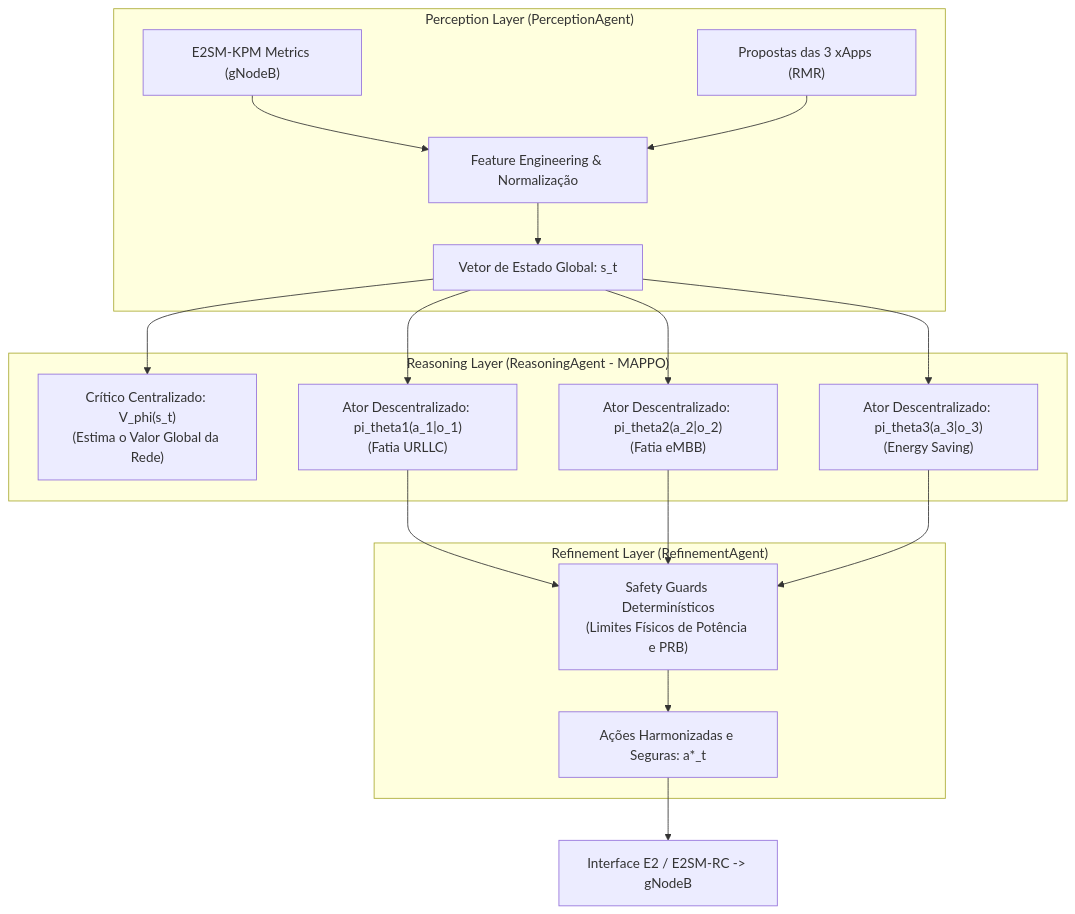
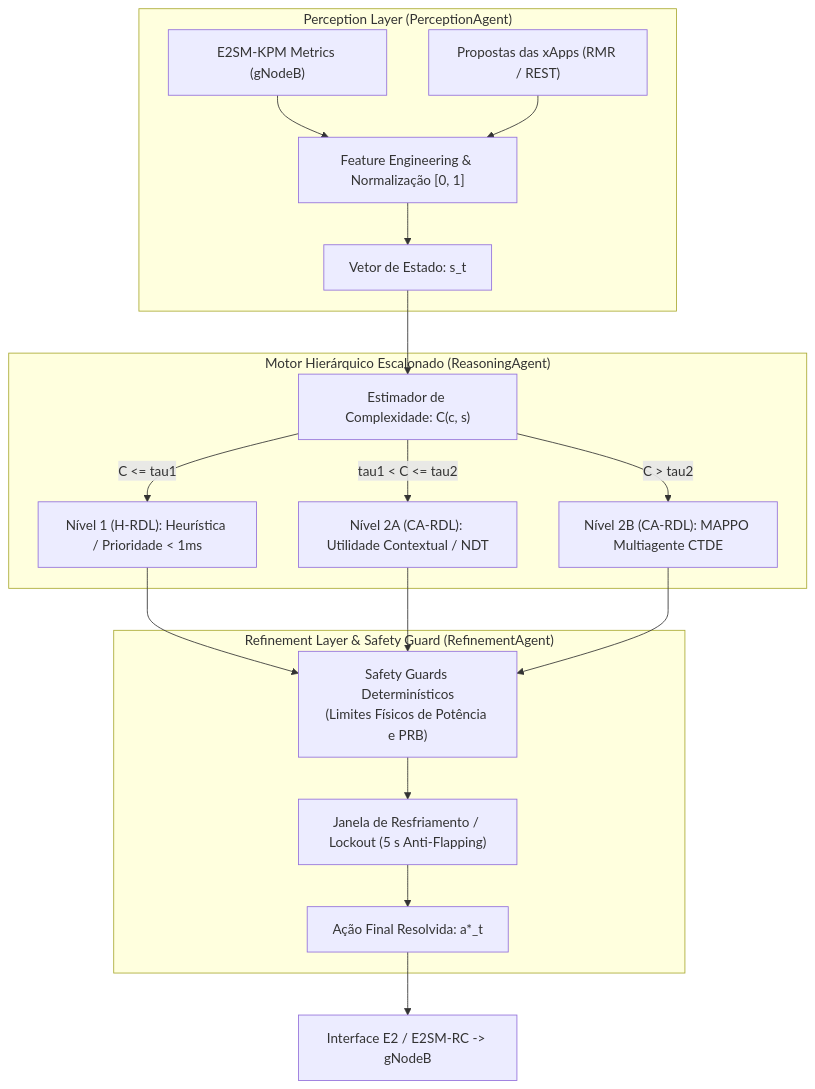
One commit to georgebarbosa3090/XApp-RDL-F2 changed the diagram in docs/01_arquitetura_e_modelagem_matematica.md. Above: the diagram before and after it, drawn with Mermaid. The commit also changed other lines of this file and 1 other file, not shown here.

Commit message:
docs: update README.md and Volume 01 with 10 volumes index and hierarchical architecture

````diff
--- a/docs/01_arquitetura_e_modelagem_matematica.md
+++ b/docs/01_arquitetura_e_modelagem_matematica.md
@@ -14,24 +14,25 @@
 ```mermaid
 graph TD
     subgraph Perception_Layer["Perception Layer (PerceptionAgent)"]
-        E2["E2SM-KPM Metrics (gNodeB)"] --> FE["Feature Engineering & Normalização"]
-        XAPP_IN["Propostas das 3 xApps (RMR)"] --> FE
-        FE --> S_T["Vetor de Estado Global: s_t"]
+        E2["E2SM-KPM Metrics (gNodeB)"] --> FE["Feature Engineering & Normalização [0, 1]"]
+        XAPP_IN["Propostas das xApps (RMR / REST)"] --> FE
+        FE --> S_T["Vetor de Estado: s_t"]
     end
 
-    subgraph Reasoning_Layer["Reasoning Layer (ReasoningAgent - MAPPO)"]
-        S_T --> CRITIC["Crítico Centralizado: V_phi(s_t)<br/>(Estima o Valor Global da Rede)"]
-        S_T --> ACT_URLLC["Ator Descentralizado: pi_theta1(a_1|o_1)<br/>(Fatia URLLC)"]
-        S_T --> ACT_EMBB["Ator Descentralizado: pi_theta2(a_2|o_2)<br/>(Fatia eMBB)"]
-        S_T --> ACT_ES["Ator Descentralizado: pi_theta3(a_3|o_3)<br/>(Energy Saving)"]
+    subgraph Hierarchy["Motor Hierárquico Escalonado (ReasoningAgent)"]
+        S_T --> COMP["Estimador de Complexidade: C(c, s)"]
+        COMP -->|C <= tau1| L1["Nível 1 (H-RDL): Heurística / Prioridade < 1ms"]
+        COMP -->|tau1 < C <= tau2| L2["Nível 2A (CA-RDL): Utilidade Contextual / NDT"]
+        COMP -->|C > tau2| L3["Nível 2B (CA-RDL): MAPPO Multiagente CTDE"]
     end
 
-    subgraph Refinement_Layer["Refinement Layer (RefinementAgent)"]
-        ACT_URLLC --> SG["Safety Guards Determinísticos<br/>(Limites Físicos de Potência e PRB)"]
-        ACT_EMBB --> SG
-        ACT_ES --> SG
-        SG --> HARMONIZED["Ações Harmonizadas e Seguras: a*_t"]
+    subgraph Refinement_Layer["Refinement Layer & Safety Guard (RefinementAgent)"]
+        L1 --> SG["Safety Guards Determinísticos<br/>(Limites Físicos de Potência e PRB)"]
+        L2 --> SG
+        L3 --> SG
+        SG --> LOCKOUT["Janela de Resfriamento / Lockout (5 s Anti-Flapping)"]
+        LOCKOUT --> HARMONIZED["Ação Final Resolvida: a*_t"]
     end
 
     HARMONIZED --> E2_OUT["Interface E2 / E2SM-RC -> gNodeB"]
 ```
````
